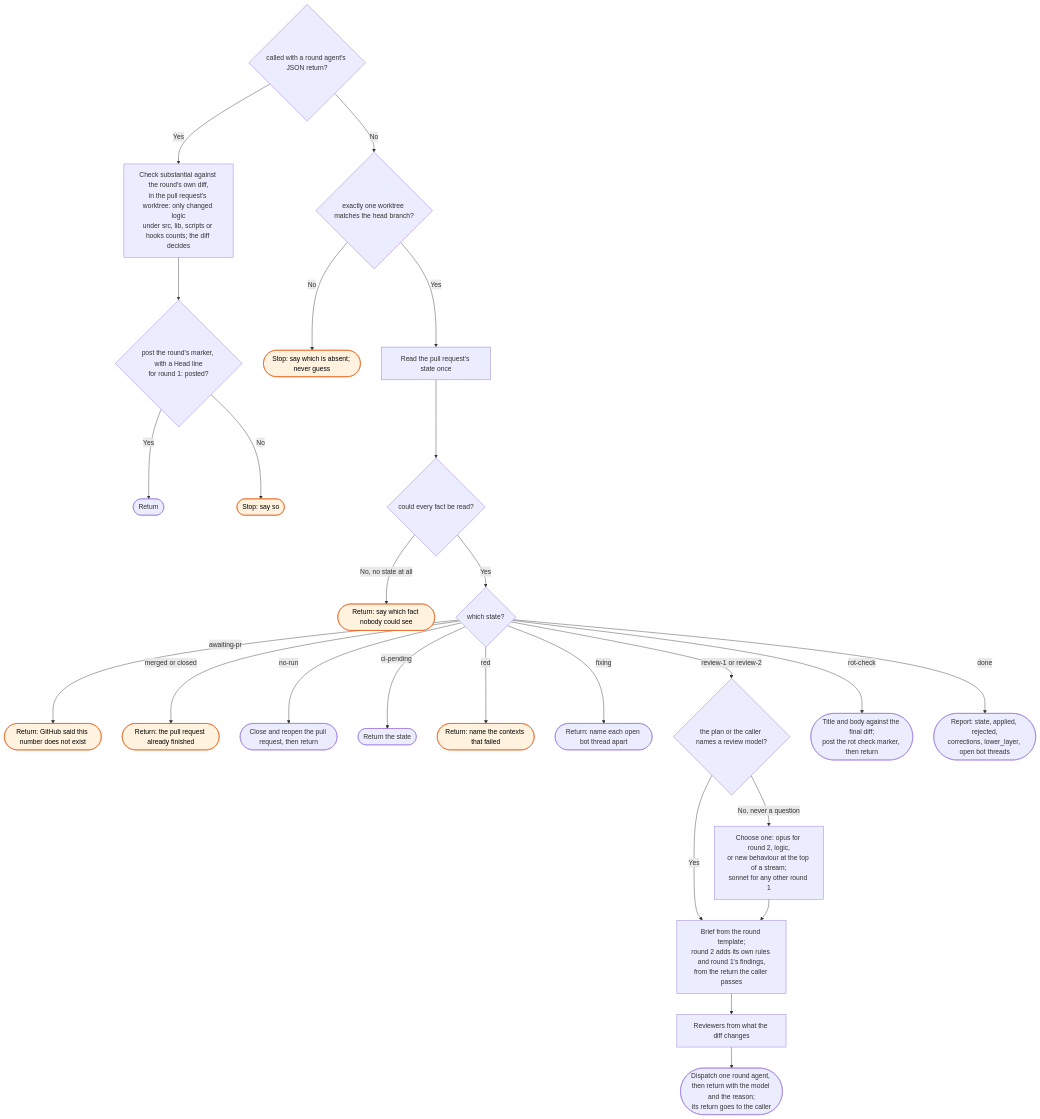
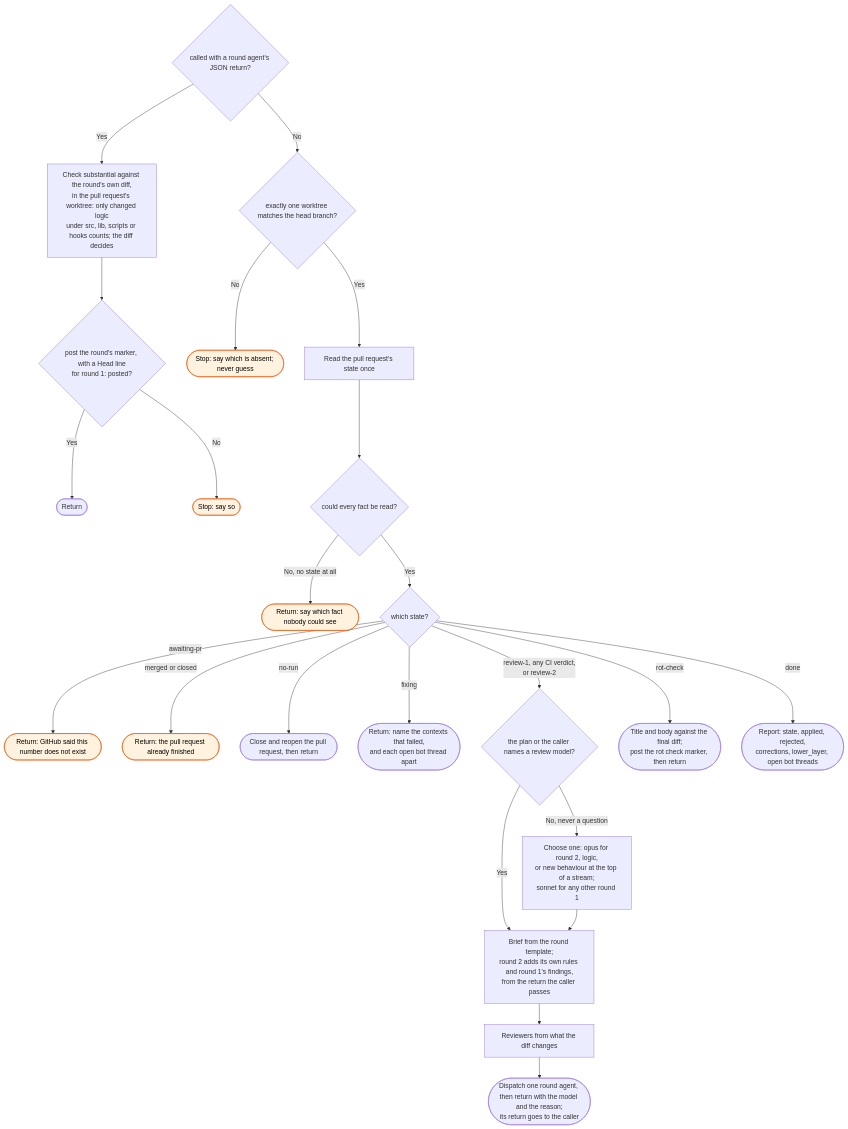
One commit to bje-settings/claude changed the diagram in docs/flows/workstreams/review/_skill-flow.md. Above: the diagram before and after it, drawn with Mermaid. The commit also changed other lines of this file and 13 other files, not shown here.

````diff
--- a/docs/flows/workstreams/review/_skill-flow.md
+++ b/docs/flows/workstreams/review/_skill-flow.md
@@ -15,34 +15,32 @@
 ```mermaid
 flowchart TD
     R0{called with a round agent's JSON return?}
     R0 -->|Yes| RS[Check substantial against the round's own diff,<br/>in the pull request's worktree: only changed logic<br/>under src, lib, scripts or hooks counts; the diff decides]
     RS --> R2{post the round's marker, with a Head line<br/>for round 1: posted?}
     R2 -->|Yes| R1([Return])
     R2 -->|No| R3([Stop: say so]):::stop
     R0 -->|No| W{exactly one worktree matches the head branch?}
     W -->|No| W1([Stop: say which is absent; never guess]):::stop
     W -->|Yes| C[Read the pull request's state once]
 
     C --> D{could every fact be read?}
     D -->|No, no state at all| D1([Return: say which fact nobody could see]):::stop
     D -->|Yes| E{which state?}
 
     E -->|awaiting-pr| E1([Return: GitHub said this number does not exist]):::stop
     E -->|merged or closed| E1b([Return: the pull request already finished]):::stop
     E -->|no-run| F([Close and reopen the pull request, then return])
-    E -->|ci-pending| G([Return the state])
-    E -->|red| G1([Return: name the contexts that failed]):::stop
-    E -->|fixing| G2([Return: name each open bot thread apart])
+    E -->|fixing| G2([Return: name the contexts that failed,<br/>and each open bot thread apart])
 
-    E -->|review-1 or review-2| M{the plan or the caller names a review model?}
+    E -->|review-1, any CI verdict,<br/>or review-2| M{the plan or the caller names a review model?}
     M -->|Yes| I
     M -->|No, never a question| M1[Choose one: opus for round 2, logic,<br/>or new behaviour at the top of a stream;<br/>sonnet for any other round 1] --> I
     I[Brief from the round template;<br/>round 2 adds its own rules and round 1's findings,<br/>from the return the caller passes]
     I --> J[Reviewers from what the diff changes]
     J --> K([Dispatch one round agent, then return with the model and the reason;<br/>its return goes to the caller])
 
     E -->|rot-check| Q([Title and body against the final diff;<br/>post the rot check marker, then return])
     E -->|done| S([Report: state, applied, rejected,<br/>corrections, lower_layer, open bot threads])
 
     classDef stop fill:#fff3e0,stroke:#e65100,color:#000
 ```
````
